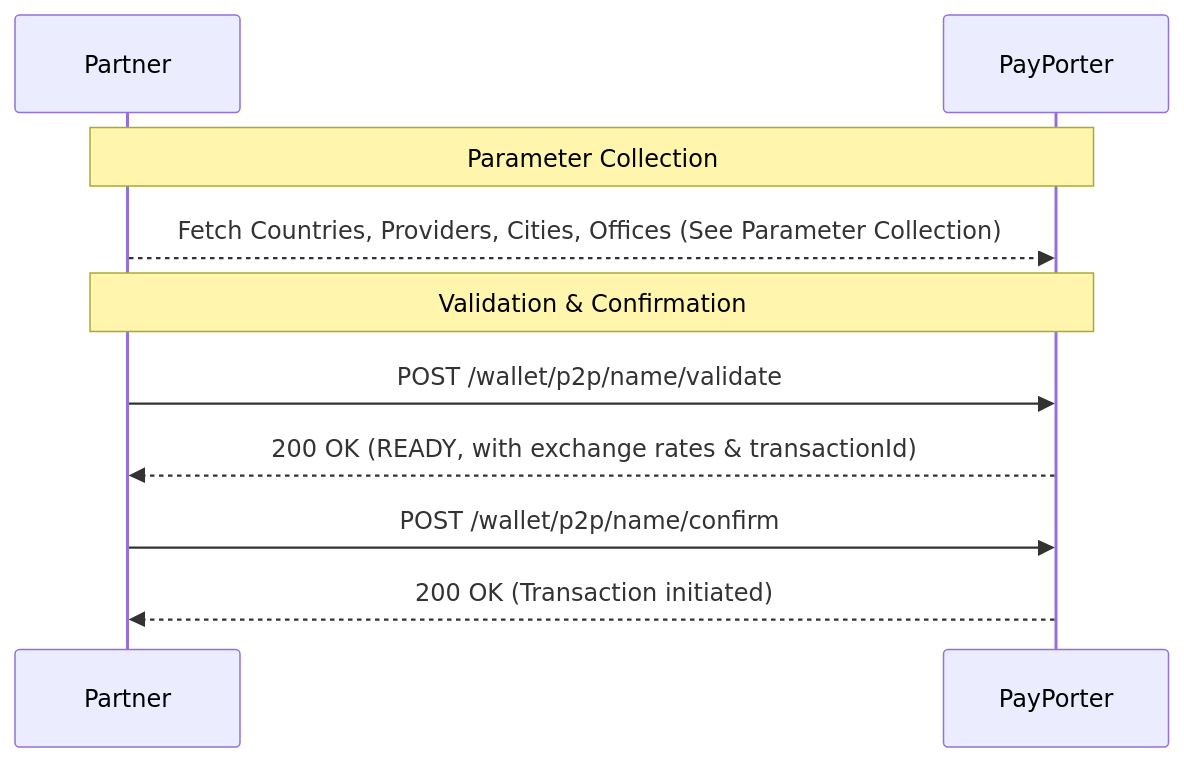
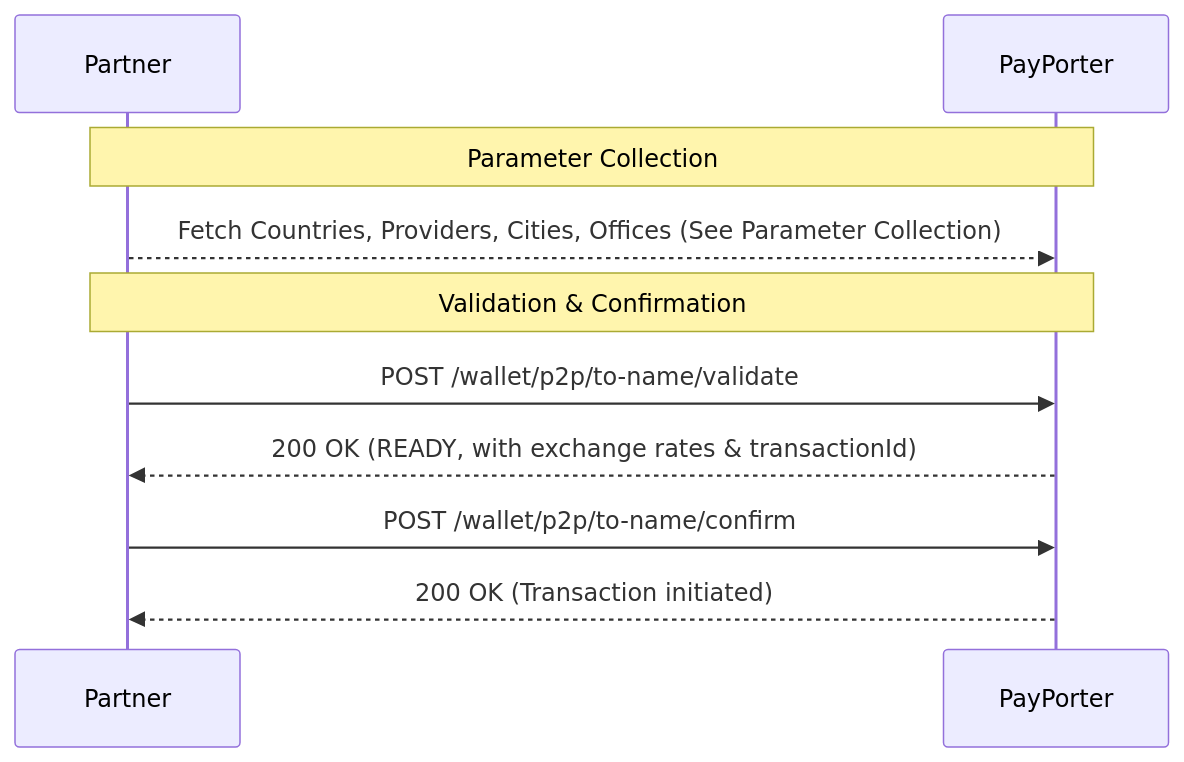
The diagram in docs/whitelabel-wallet-v2/name-intro.md (commitup/api-doc-v2), drawn with Mermaid before and after one commit. The commit also changed other lines of this file and 19 other files, not shown here.

````diff
--- a/docs/whitelabel-wallet-v2/name-intro.md
+++ b/docs/whitelabel-wallet-v2/name-intro.md
@@ -15,15 +15,15 @@
 ```mermaid
 sequenceDiagram
     participant Partner
     participant PayPorter
 
     Note over Partner, PayPorter: Parameter Collection
     Partner-->>PayPorter: Fetch Countries, Providers, Cities, Offices (See Parameter Collection)
 
     Note over Partner, PayPorter: Validation & Confirmation
-    Partner->>PayPorter: POST /wallet/p2p/name/validate
+    Partner->>PayPorter: POST /wallet/p2p/to-name/validate
     PayPorter-->>Partner: 200 OK (READY, with exchange rates & transactionId)
     
-    Partner->>PayPorter: POST /wallet/p2p/name/confirm
+    Partner->>PayPorter: POST /wallet/p2p/to-name/confirm
     PayPorter-->>Partner: 200 OK (Transaction initiated)
 ```
````
